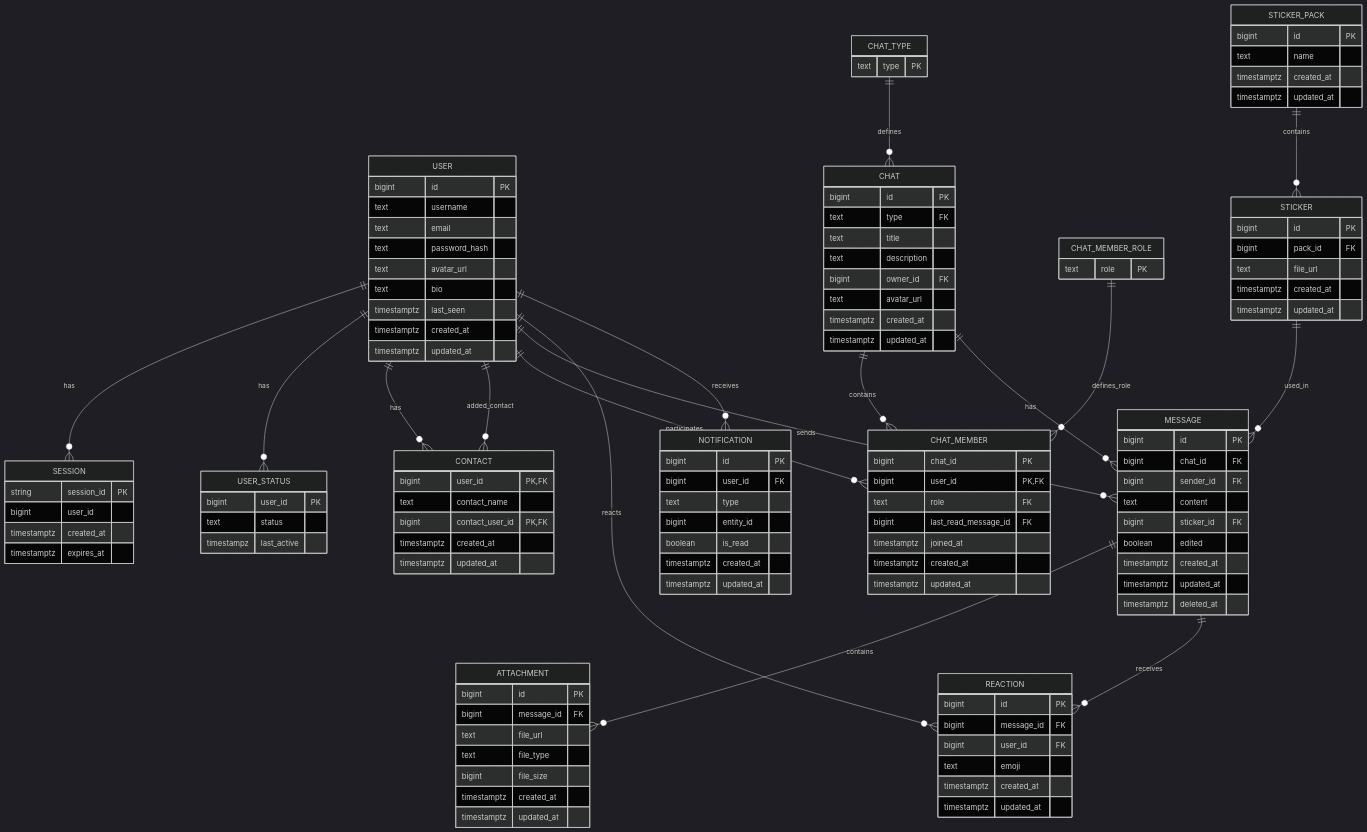
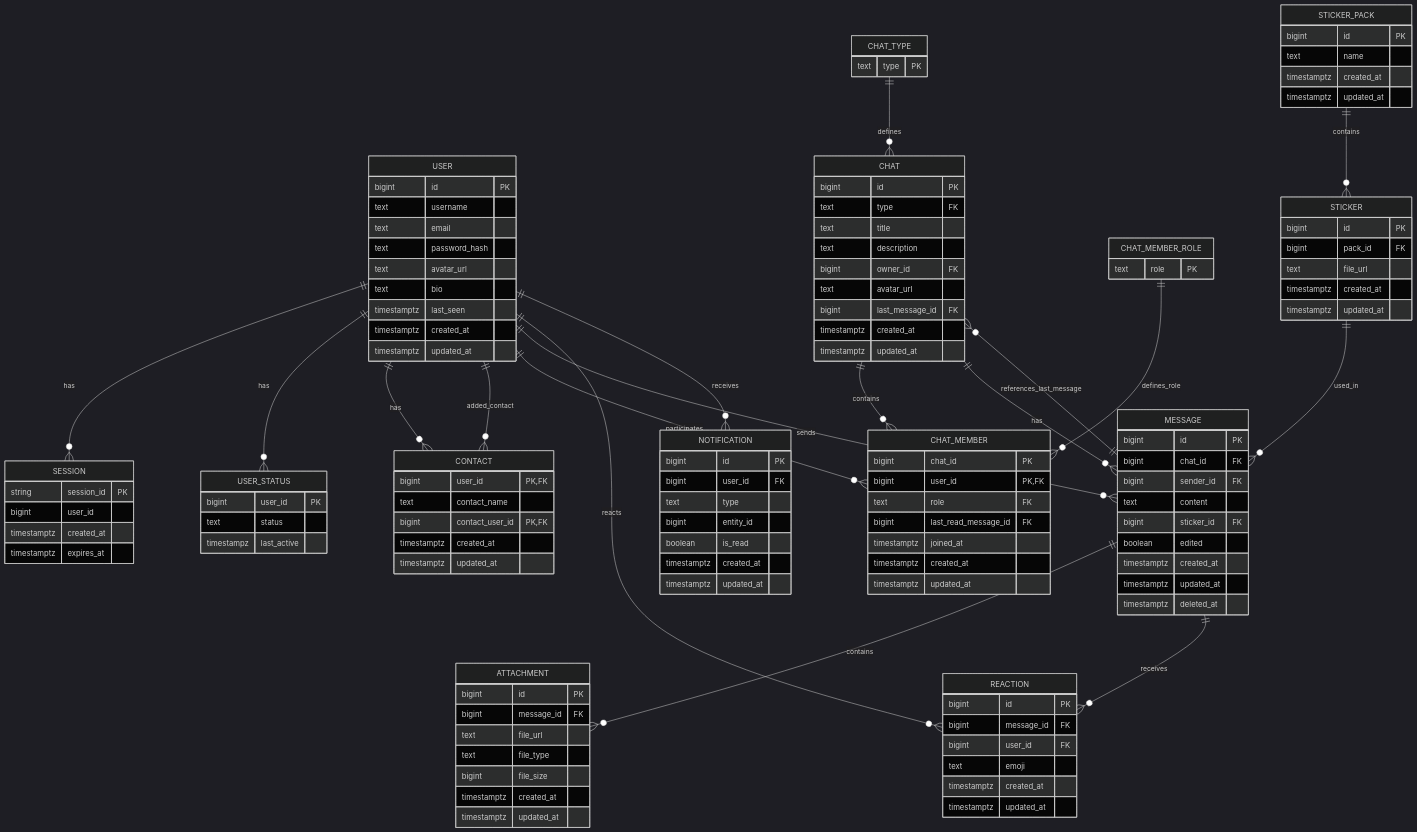
Before and after one commit to go-park-mail-ru/2026_1_ASAP: the diagram in db/normalized/realtions.md, drawn with Mermaid (dark theme). The commit also changed other lines of this file and 16 other files, not shown here.

````diff
--- a/db/normalized/realtions.md
+++ b/db/normalized/realtions.md
@@ -185,6 +185,7 @@
         text description
         bigint owner_id FK
         text avatar_url
+        bigint last_message_id FK
         timestamptz created_at
         timestamptz updated_at
     }
@@ -273,26 +274,24 @@
     }
 
     USER ||--o{ SESSION : has
-
     USER ||--o{ USER_STATUS : has
     USER ||--o{ CONTACT : has
     USER ||--o{ CONTACT : added_contact
+    USER ||--o{ CHAT_MEMBER : participates
+    USER ||--o{ MESSAGE : sends
+    USER ||--o{ REACTION : reacts
+    USER ||--o{ NOTIFICATION : receives
 
-    USER ||--o{ CHAT_MEMBER : participates
     CHAT ||--o{ CHAT_MEMBER : contains
+    CHAT ||--o{ MESSAGE : has
+    CHAT }o--|| MESSAGE : references_last_message
+
     CHAT_TYPE ||--o{ CHAT : defines
     CHAT_MEMBER_ROLE ||--o{ CHAT_MEMBER : defines_role
-
-    CHAT ||--o{ MESSAGE : has
-    USER ||--o{ MESSAGE : sends
 
     MESSAGE ||--o{ ATTACHMENT : contains
     MESSAGE ||--o{ REACTION : receives
 
-    USER ||--o{ REACTION : reacts
-
+    STICKER_PACK ||--o{ STICKER : contains
     STICKER ||--o{ MESSAGE : used_in
-    STICKER_PACK ||--o{ STICKER : contains
-
-    USER ||--o{ NOTIFICATION : receives
 ```
````
